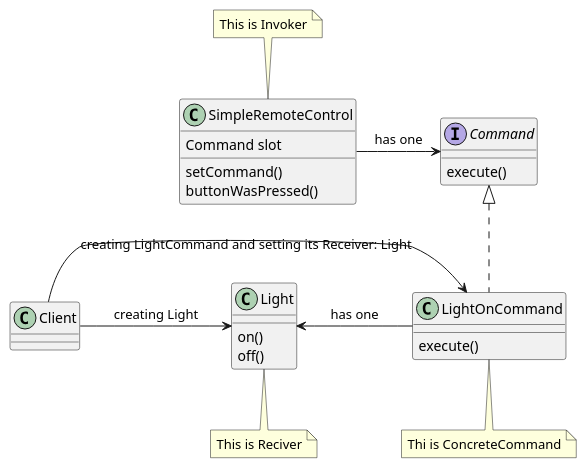
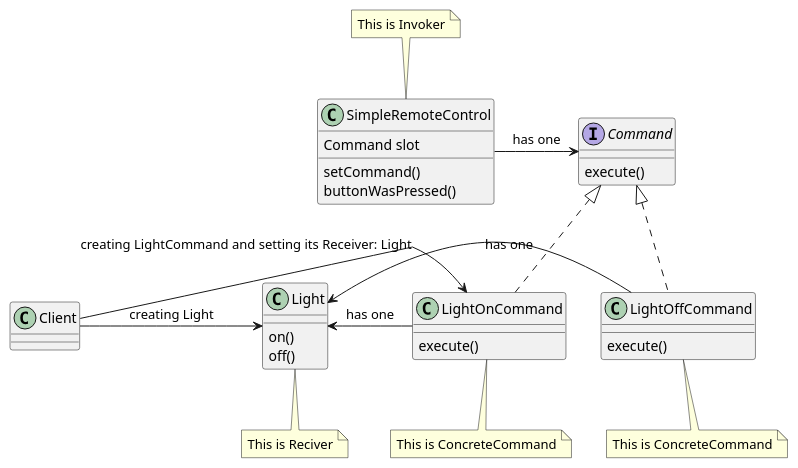
Before and after one commit to harrifeng/java-in-action: the diagram in src/main/java/org/hfeng/misc/hfdp/ch6/simpleremote/simple-remote.puml, drawn with PlantUML. The commit also changed 1 other file, not shown here.

```diff
--- a/src/main/java/org/hfeng/misc/hfdp/ch6/simpleremote/simple-remote.puml
+++ b/src/main/java/org/hfeng/misc/hfdp/ch6/simpleremote/simple-remote.puml
@@ -1,28 +1,34 @@
 @startuml
 interface Command {
   execute()
 }
 
 class LightOnCommand implements Command{
+  execute()
+}
+
+class LightOffCommand implements Command{
   execute()
 }
 
 class SimpleRemoteControl {
   Command slot
   setCommand()
   buttonWasPressed()
 }
 
 class Light {
   on()
   off()
 }
 
 SimpleRemoteControl -right--> Command :has one
 LightOnCommand -left--> Light :has one
+LightOffCommand -left--> Light :has one
 Client -right--> Light : creating Light
 Client -right--> LightOnCommand : creating LightCommand and setting its Receiver: Light
 note top of SimpleRemoteControl : This is Invoker
-note bottom of LightOnCommand : Thi is ConcreteCommand
+note bottom of LightOnCommand : This is ConcreteCommand
+note bottom of LightOffCommand : This is ConcreteCommand
 note bottom of Light : This is Reciver
 @enduml
```
